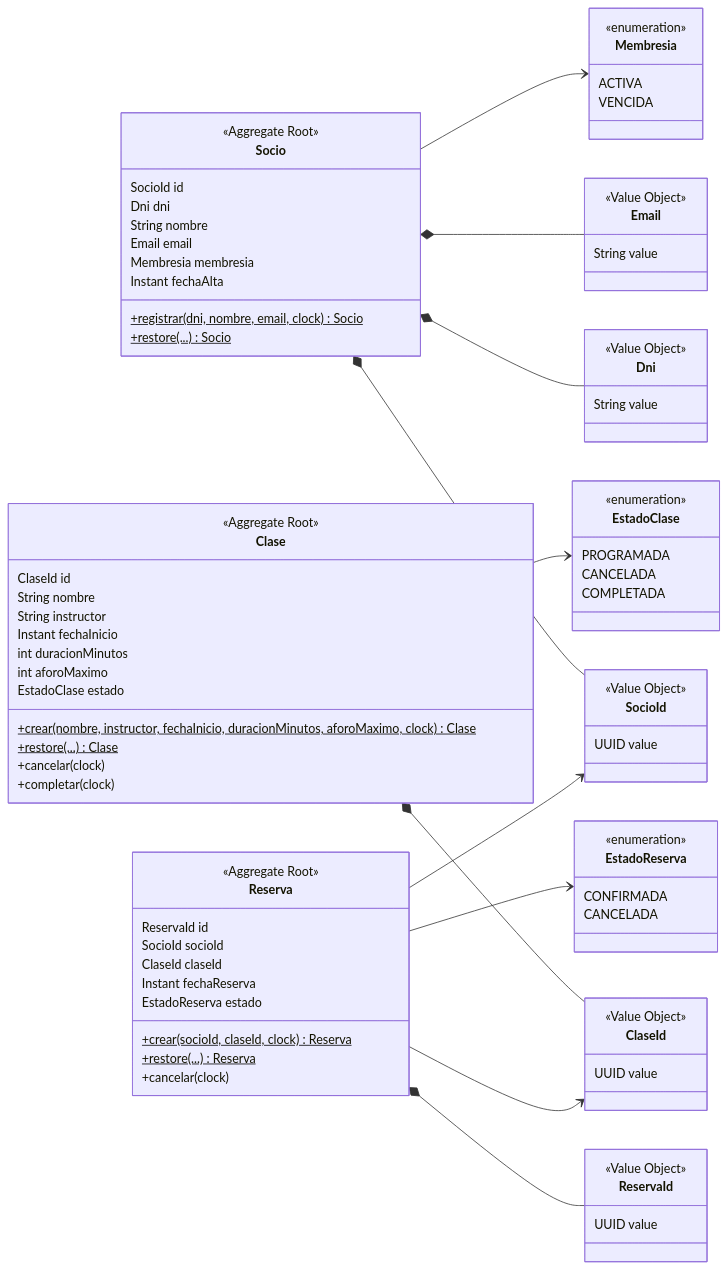
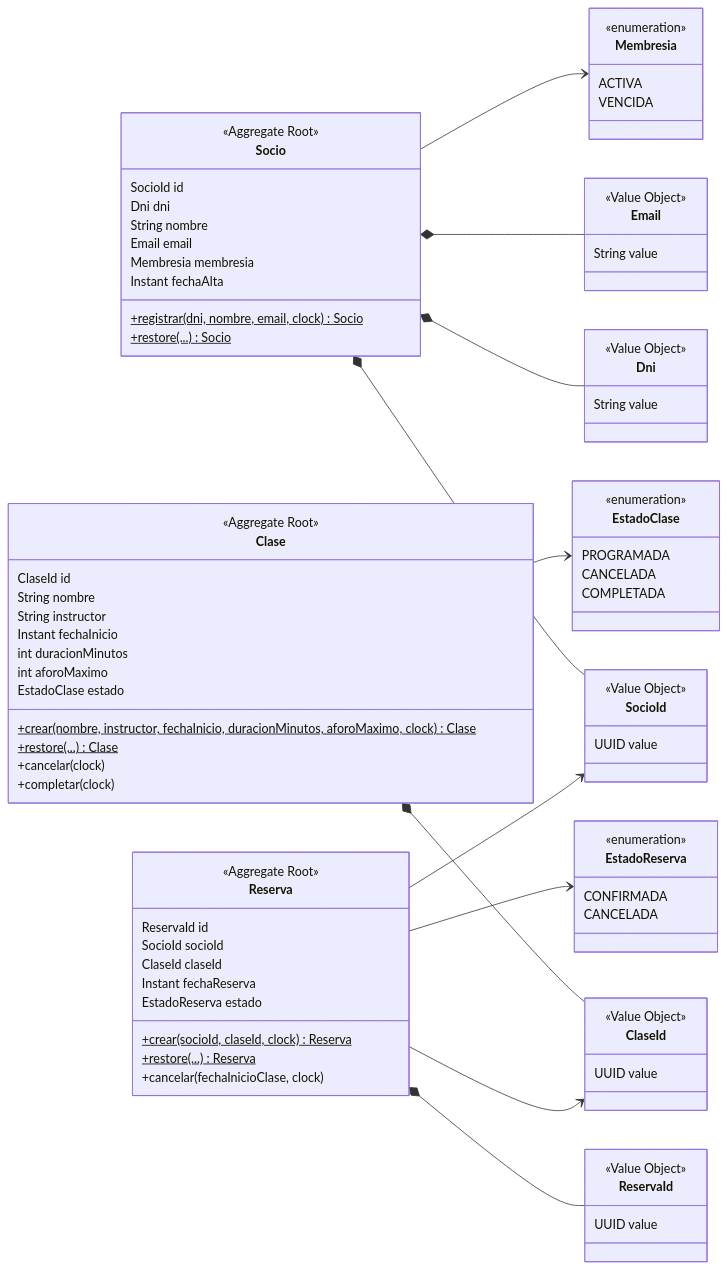
The diagram in specs/architecture/domain-model.md (neft007/examenAiSpecDrivenDevelopment), drawn with Mermaid before and after one commit.

Commit message:
design: cambiar la firma de Reserva.cancelar a cancelar(fechaInicioClase, clock)
INV-14 (cancelar con al menos 2 horas de antelación) se garantiza en
Reserva.cancelar(), pero la reserva no conoce la hora de inicio de la
clase: con cancelar(clock) la regla no se podía comprobar. El servicio
pasará esa hora al dominio, de modo que INV-13 e INV-14 siguen viviendo
en Reserva (ADR-0002).

Decisiones asociadas:
- Cancelar no modifica fechaReserva; si se necesita registrar cuándo se
  canceló, se añadirá un campo nuevo a la spec.
- INV-13 (solo se cancela una reserva CONFIRMADA) sigue en el dominio.

```diff
--- a/specs/architecture/domain-model.md
+++ b/specs/architecture/domain-model.md
@@ -60,7 +60,7 @@
         EstadoReserva estado
         +crear(socioId, claseId, clock)$ Reserva
         +restore(...)$ Reserva
-        +cancelar(clock)
+        +cancelar(fechaInicioClase, clock)
     }
 
     class SocioId {
```
